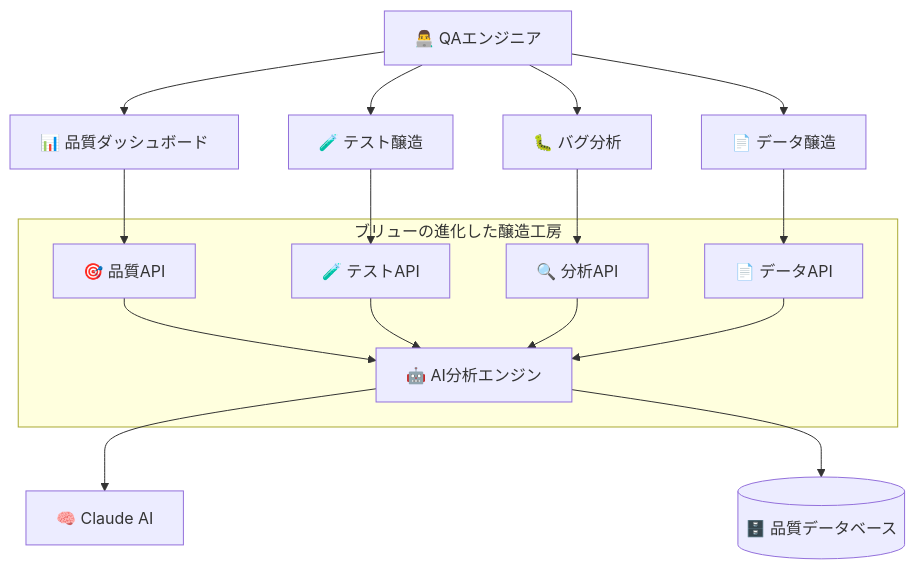
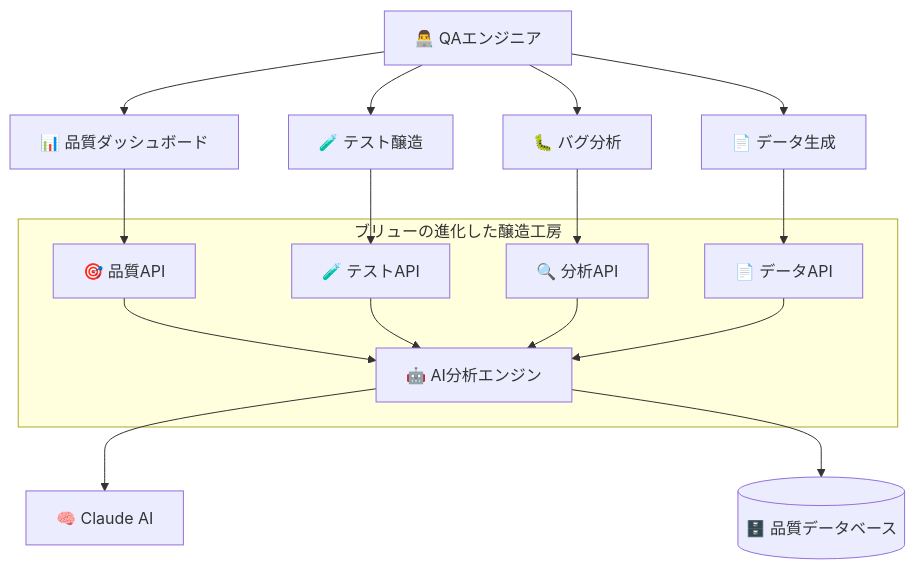
The second of 2 diagrams in README.md (Rons-29/td-buddy-app), drawn with Mermaid before and after one commit. The commit also changed other lines of this file and 771 other files, not shown here.

````diff
--- a/README.md
+++ b/README.md
@@ -185,28 +185,28 @@
 ```mermaid
 graph TB
     QA[👨‍💻 QAエンジニア] --> Dashboard[📊 品質ダッシュボード]
     QA --> TestGen[🧪 テスト醸造]
     QA --> BugAnalysis[🐛 バグ分析]
-    QA --> DataGen[📄 データ醸造]
+    QA --> DataGen[📄 データ生成]
 
     Dashboard --> QualityAPI[🎯 品質API]
     TestGen --> TestAPI[🧪 テストAPI]
     BugAnalysis --> AnalysisAPI[🔍 分析API]
     DataGen --> DataAPI[📄 データAPI]
 
     QualityAPI --> AIEngine[🤖 AI分析エンジン]
     TestAPI --> AIEngine
     AnalysisAPI --> AIEngine
     DataAPI --> AIEngine
 
     AIEngine --> Claude[🧠 Claude AI]
     AIEngine --> QualityDB[(🗄️ 品質データベース)]
 
     subgraph "ブリューの進化した醸造工房"
         QualityAPI
         TestAPI
         AnalysisAPI
         DataAPI
         AIEngine
     end
 ```
````
